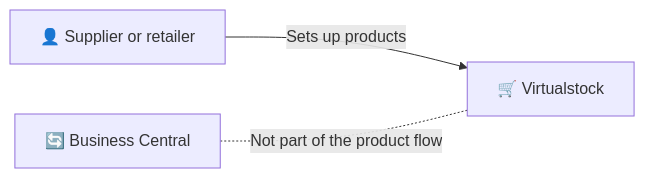
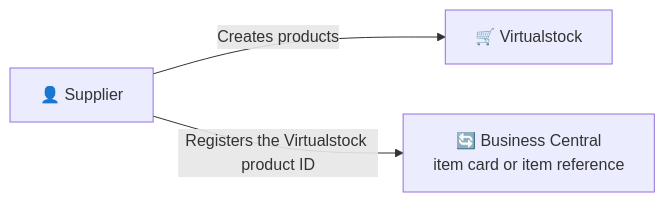
The fifth of 5 diagrams in docs/products/web-connect/integrations/virtual-stock/overview.md (Combine-IT-ab/docs-general), drawn with Mermaid before and after one commit. The commit also changed other lines of this file and 5 other files, not shown here.

````diff
--- a/docs/products/web-connect/integrations/virtual-stock/overview.md
+++ b/docs/products/web-connect/integrations/virtual-stock/overview.md
@@ -136,5 +136,5 @@
 ```mermaid
 flowchart LR
-    U["👤 Supplier or retailer"] -->|Sets up products| VS["🛒 Virtualstock"]
-    BC["🔄 Business Central"] -.-|Not part of the product flow| VS
+    U["👤 Supplier"] -->|Creates products| VS["🛒 Virtualstock"]
+    U -->|Registers the Virtualstock product ID| BC["🔄 Business Central<br/>item card or item reference"]
 ```
````
